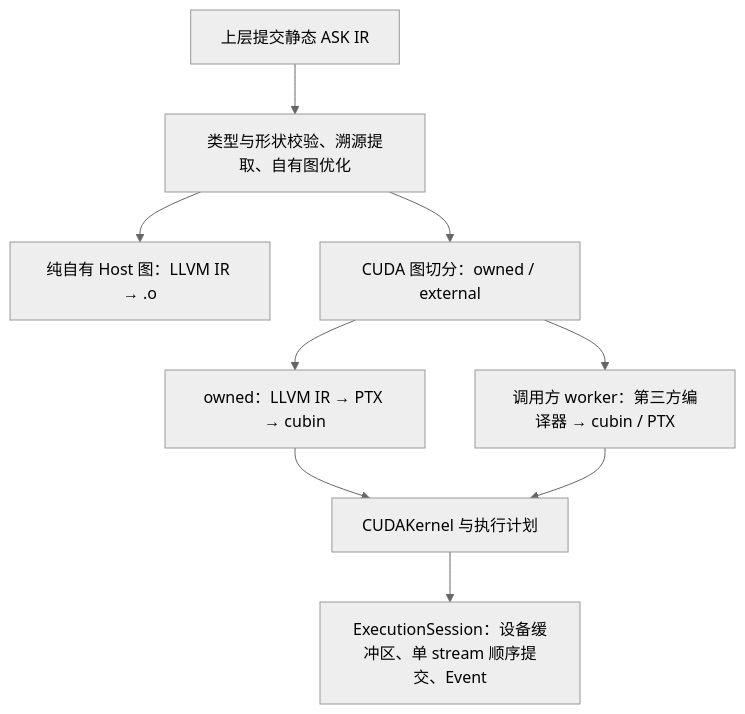
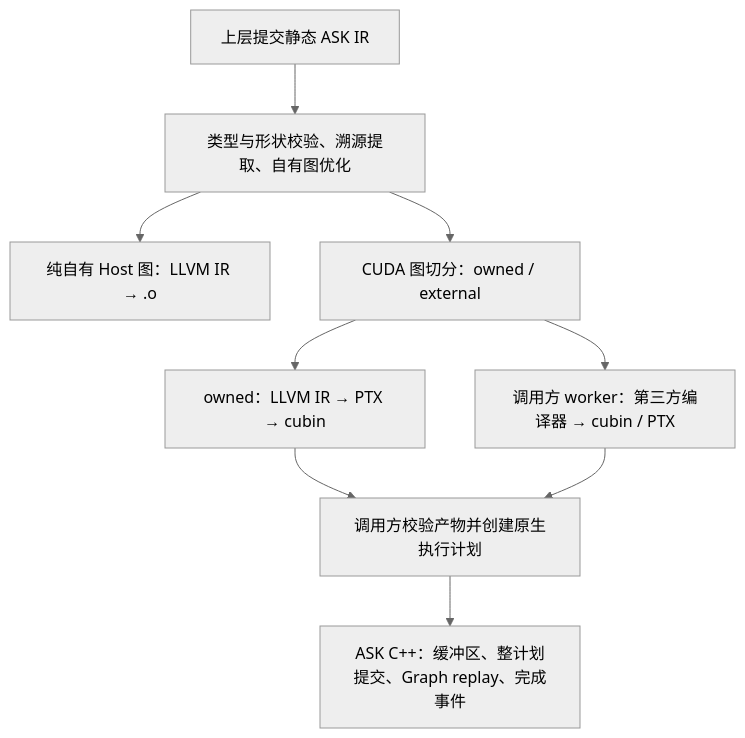
Before and after one commit to fugatensor/ask: the diagram in docs/核心思想.md, drawn with Mermaid (neutral theme). The commit also changed other lines of this file and 73 other files, not shown here.

First line of the commit message:
移除 Python 包并公开原生编译与 CUDA Graph 执行 SDK

````diff
--- a/docs/核心思想.md
+++ b/docs/核心思想.md
@@ -71,11 +73,11 @@
 ```mermaid
 flowchart TD
     F["上层提交静态 ASK IR"] --> P["类型与形状校验、溯源提取、自有图优化"]
     P --> H["纯自有 Host 图：LLVM IR → .o"]
     P --> S["CUDA 图切分：owned / external"]
     S --> G["owned：LLVM IR → PTX → cubin"]
     S --> W["调用方 worker：第三方编译器 → cubin / PTX"]
-    G --> E["CUDAKernel 与执行计划"]
+    G --> E["调用方校验产物并创建原生执行计划"]
     W --> E
-    E --> R["ExecutionSession：设备缓冲区、单 stream 顺序提交、Event"]
+    E --> R["ASK C++：缓冲区、整计划提交、Graph replay、完成事件"]
 ```
````
